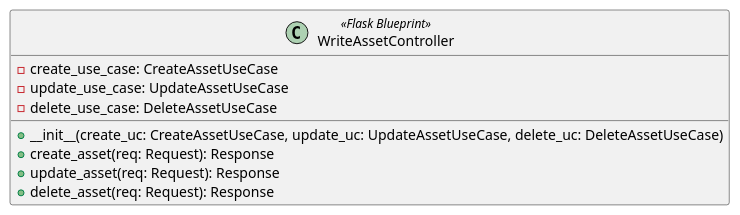
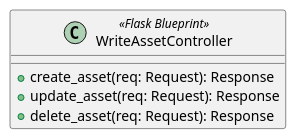
Before and after one commit to GroupRubberDuck/Documentazione: the diagram in src/PB/DocumentazioneEsterna/Specifica_Tecnica/content/uml/puml/Diagrammi_classi/Backend/InboundAdapters/WriteAssetController.puml, drawn with PlantUML. The commit also changed 75 other files, not shown here.

Commit message:
Feat: applicate correzioni a tutti i diagrammi con le indicazioni di Cardin, riordino cartella

```diff
--- a/src/PB/DocumentazioneEsterna/Specifica_Tecnica/content/uml/puml/Diagrammi_classi/Backend/InboundAdapters/WriteAssetController.puml
+++ b/src/PB/DocumentazioneEsterna/Specifica_Tecnica/content/uml/puml/Diagrammi_classi/Backend/InboundAdapters/WriteAssetController.puml
@@ -1,13 +1,9 @@
 @startuml WriteAssetController
 
 class WriteAssetController <<Flask Blueprint>>{
-    - create_use_case: CreateAssetUseCase
-    - update_use_case: UpdateAssetUseCase
-    - delete_use_case: DeleteAssetUseCase
-    + __init__(create_uc: CreateAssetUseCase, update_uc: UpdateAssetUseCase, delete_uc: DeleteAssetUseCase)
     + create_asset(req: Request): Response
     + update_asset(req: Request): Response
     + delete_asset(req: Request): Response
 }
 
 @enduml
```
